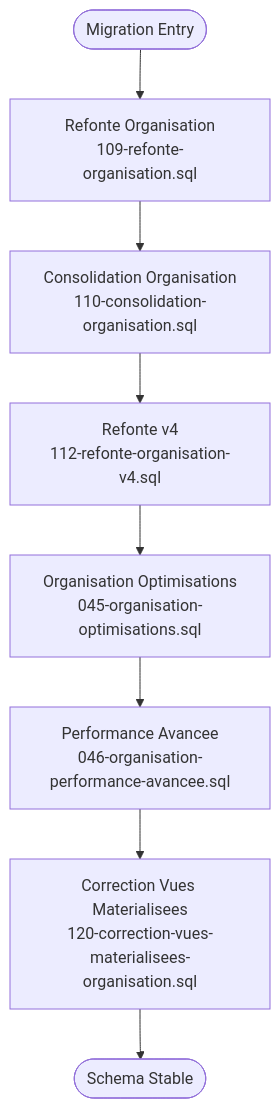
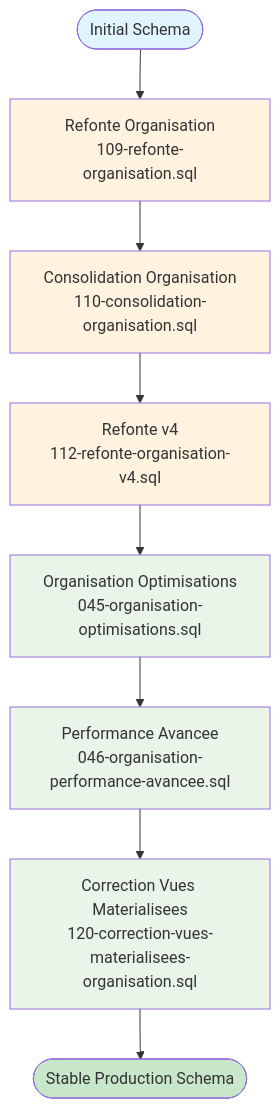
The fourth of 4 diagrams in .qoder/repowiki/en/content/Human Resources Management/Organization Module Architecture.md (franckylab/eLISAschool), drawn with Mermaid before and after one commit. The commit also changed other lines of this file and 19 other files, not shown here.

````diff
--- a/.qoder/repowiki/en/content/Human Resources Management/Organization Module Architecture.md
+++ b/.qoder/repowiki/en/content/Human Resources Management/Organization Module Architecture.md
@@ -176,10 +316,18 @@
 ```mermaid
 flowchart TD
-Start(["Migration Entry"]) --> Refactor["Refonte Organisation<br/>109-refonte-organisation.sql"]
-Refactor --> Consolidate["Consolidation Organisation<br/>110-consolidation-organisation.sql"]
+Start(["Initial Schema"]) --> Refactor1["Refonte Organisation<br/>109-refonte-organisation.sql"]
+Refactor1 --> Consolidate["Consolidation Organisation<br/>110-consolidation-organisation.sql"]
 Consolidate --> V4["Refonte v4<br/>112-refonte-organisation-v4.sql"]
 V4 --> PerfOpt["Organisation Optimisations<br/>045-organisation-optimisations.sql"]
 PerfOpt --> AdvPerf["Performance Avancee<br/>046-organisation-performance-avancee.sql"]
 AdvPerf --> Views["Correction Vues Materialisees<br/>120-correction-vues-materialisees-organisation.sql"]
-Views --> End(["Schema Stable"])
+Views --> Final(["Stable Production Schema"])
+style Start fill:#e1f5fe
+style Final fill:#c8e6c9
+style Refactor1 fill:#fff3e0
+style Consolidate fill:#fff3e0
+style V4 fill:#fff3e0
+style PerfOpt fill:#e8f5e8
+style AdvPerf fill:#e8f5e8
+style Views fill:#e8f5e8
 ```
````
